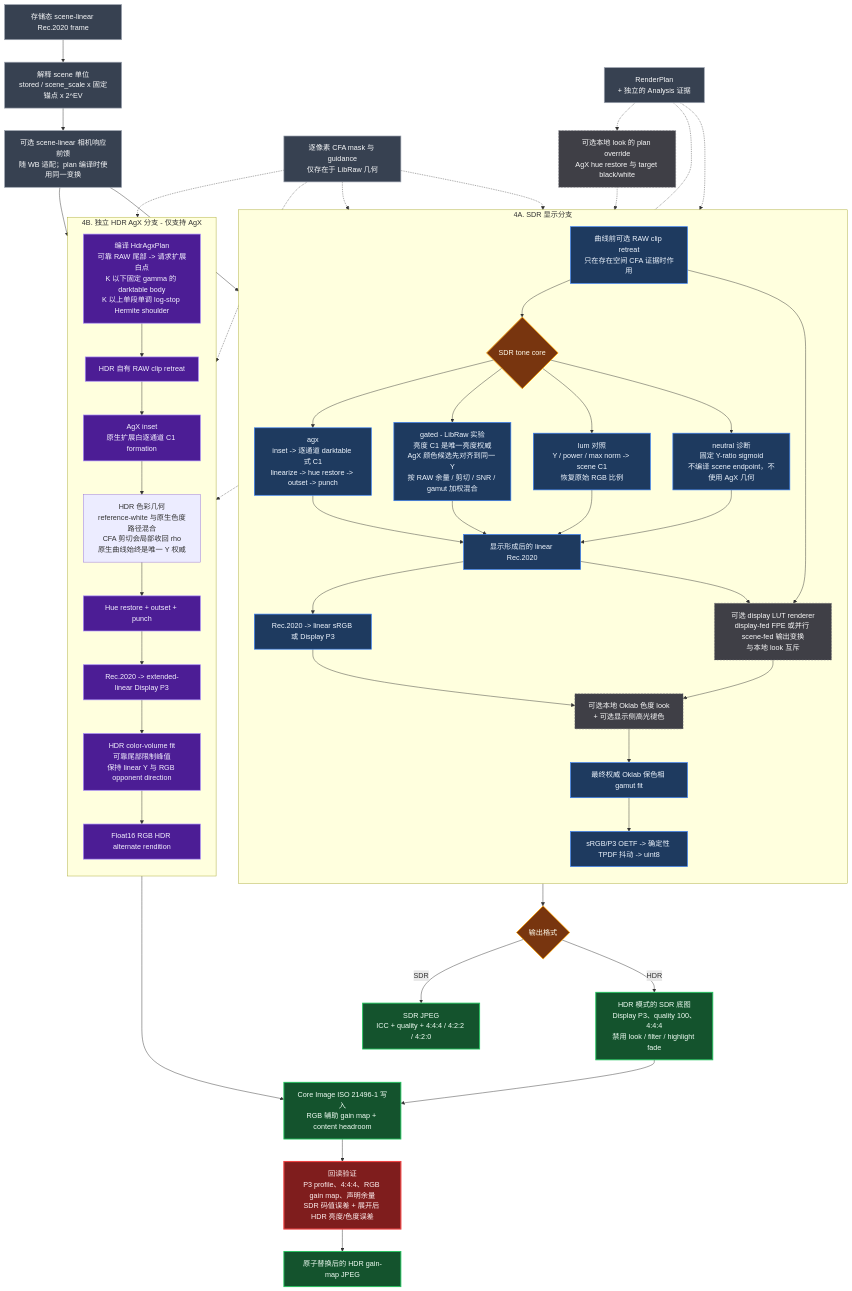
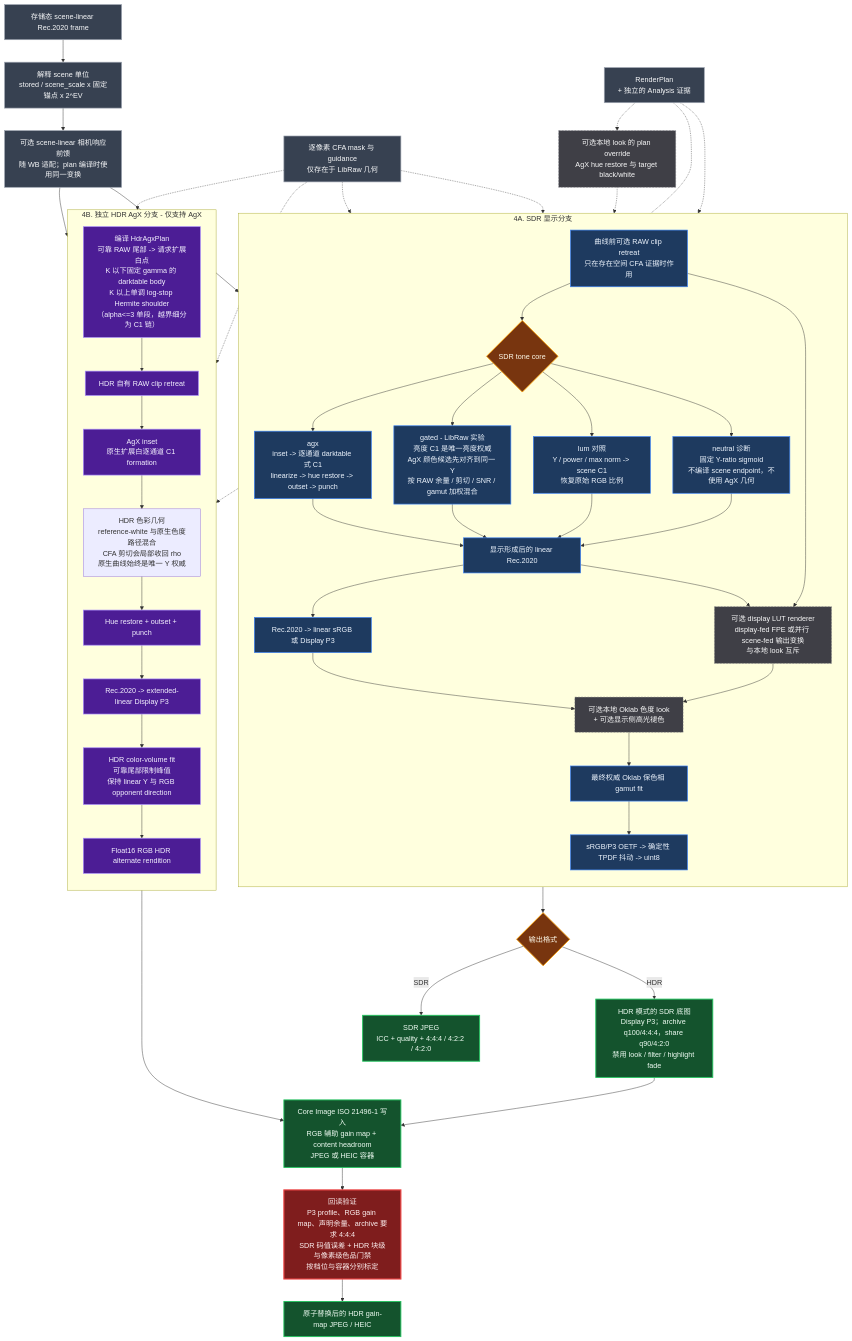
Before and after one commit to deadwood1998/dngscan: the second of 2 diagrams in README.zh-CN.md, drawn with Mermaid. The commit also changed other lines of this file and 7 other files, not shown here.

First line of the commit message:
gui+readme: delivery report panel, honesty mirror, architecture figures

```diff
--- a/README.zh-CN.md
+++ b/README.zh-CN.md
@@ -290,7 +290,7 @@
 
     subgraph HDR["4B. 独立 HDR AgX 分支 - 仅支持 AgX"]
         direction TB
-        HDRPLAN["编译 HdrAgxPlan<br/>可靠 RAW 尾部 -> 请求扩展白点<br/>K 以下固定 gamma 的 darktable body<br/>K 以上单段单调 log-stop Hermite shoulder"]
+        HDRPLAN["编译 HdrAgxPlan<br/>可靠 RAW 尾部 -> 请求扩展白点<br/>K 以下固定 gamma 的 darktable body<br/>K 以上单调 log-stop Hermite shoulder<br/>（alpha<=3 单段，越界细分为 C1 链）"]
         HRETREAT["HDR 自有 RAW clip retreat"]
         HINSET["AgX inset<br/>原生扩展白逐通道 C1 formation"]
         PATH["HDR 色彩几何<br/>reference-white 与原生色度路径混合<br/>CFA 剪切会局部收回 rho<br/>原生曲线始终是唯一 Y 权威"]
@@ -316,11 +316,11 @@
 
     ENCODE --> FORMAT{"输出格式"}
     FORMAT -->|SDR| SDRJPEG["SDR JPEG<br/>ICC + quality + 4:4:4 / 4:2:2 / 4:2:0"]
-    FORMAT -->|HDR| BASE["HDR 模式的 SDR 底图<br/>Display P3、quality 100、4:4:4<br/>禁用 look / filter / highlight fade"]
-    BASE --> PACKAGE["Core Image ISO 21496-1 写入<br/>RGB 辅助 gain map + content headroom"]
+    FORMAT -->|HDR| BASE["HDR 模式的 SDR 底图<br/>Display P3；archive q100/4:4:4，share q90/4:2:0<br/>禁用 look / filter / highlight fade"]
+    BASE --> PACKAGE["Core Image ISO 21496-1 写入<br/>RGB 辅助 gain map + content headroom<br/>JPEG 或 HEIC 容器"]
     ALT --> PACKAGE
-    PACKAGE --> VERIFY["回读验证<br/>P3 profile、4:4:4、RGB gain map、声明余量<br/>SDR 码值误差 + 展开后 HDR 亮度/色度误差"]
-    VERIFY --> HDRJPEG["原子替换后的 HDR gain-map JPEG"]
+    PACKAGE --> VERIFY["回读验证<br/>P3 profile、RGB gain map、声明余量、archive 要求 4:4:4<br/>SDR 码值误差 + HDR 块级与像素级色品门禁<br/>按档位与容器分别标定"]
+    VERIFY --> HDRJPEG["原子替换后的 HDR gain-map JPEG / HEIC"]
 
     classDef shared fill:#374151,stroke:#9ca3af,stroke-width:1.5px,color:#f9fafb
     classDef sdrpath fill:#1e3a5f,stroke:#3b82f6,stroke-width:1.5px,color:#eff6ff
```
